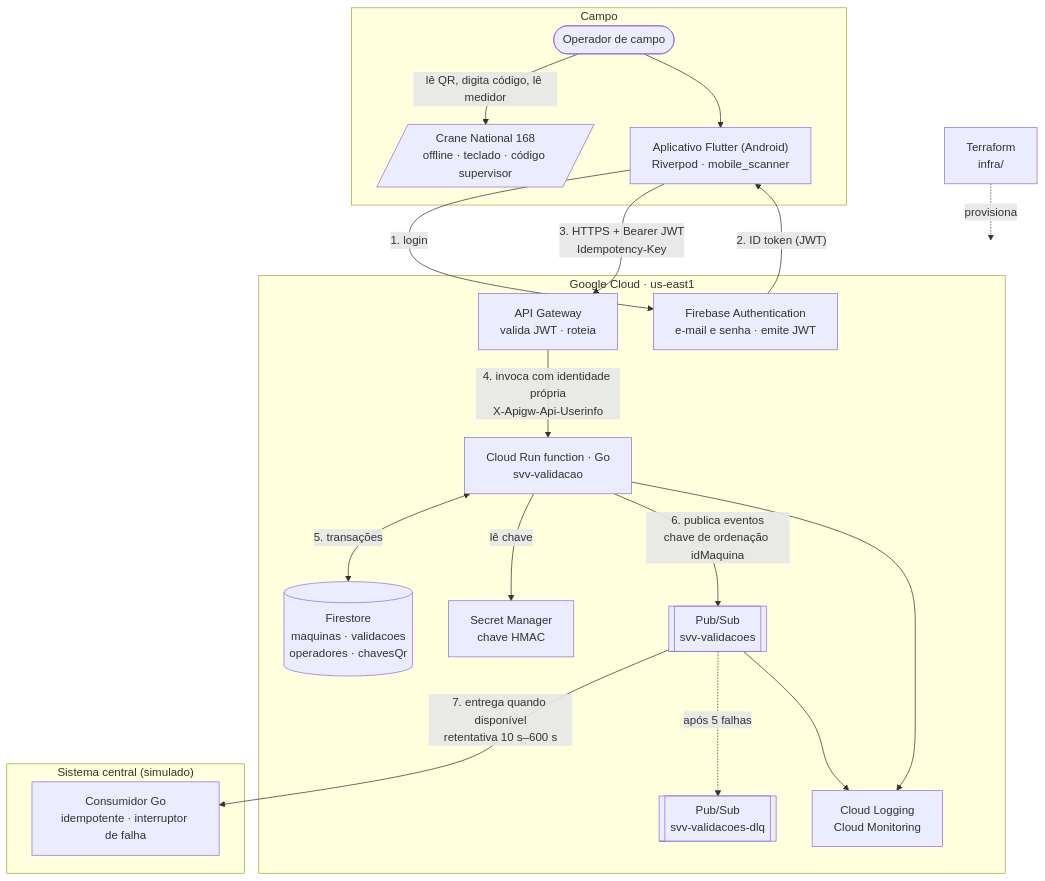
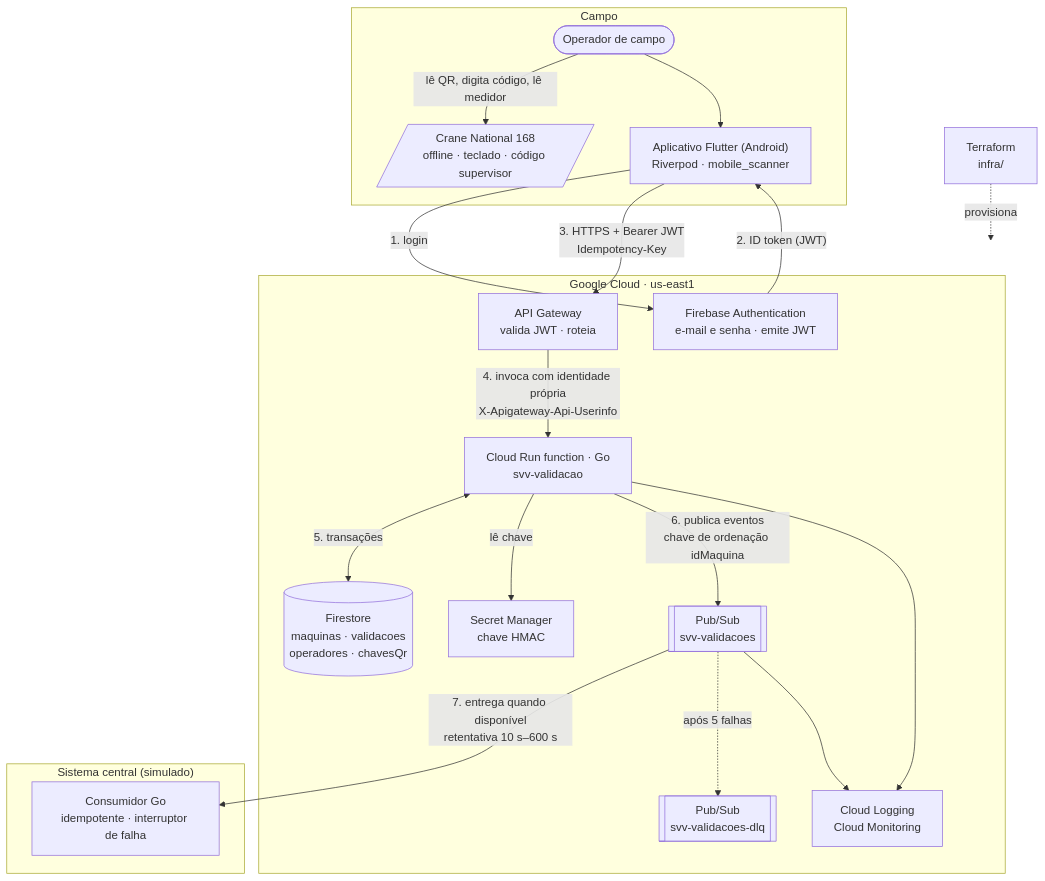
The diagram in docs/diagramas/componentes.mmd (ThiagoCristovao/serverless-vending-validation), drawn with Mermaid before and after one commit. The commit also changed 56 other files, not shown here.

```diff
--- a/docs/diagramas/componentes.mmd
+++ b/docs/diagramas/componentes.mmd
@@ -1,38 +1,38 @@
 %% Diagrama de componentes do ecossistema (docs/arquitetura.md, seção 2)
 flowchart TB
   subgraph campo["Campo"]
     OP([Operador de campo])
     MAQ[/"Crane National 168<br/>offline · teclado · código supervisor"/]
     APP["Aplicativo Flutter (Android)<br/>Riverpod · mobile_scanner"]
     OP -->|lê QR, digita código, lê medidor| MAQ
     OP --> APP
   end
 
   subgraph gcp["Google Cloud · us-east1"]
     FA["Firebase Authentication<br/>e-mail e senha · emite JWT"]
     GW["API Gateway<br/>valida JWT · roteia"]
     FN["Cloud Run function · Go<br/>svv-validacao"]
     FS[("Firestore<br/>maquinas · validacoes<br/>operadores · chavesQr")]
     SM["Secret Manager<br/>chave HMAC"]
     PS[["Pub/Sub<br/>svv-validacoes"]]
     DLQ[["Pub/Sub<br/>svv-validacoes-dlq"]]
     OBS["Cloud Logging<br/>Cloud Monitoring"]
   end
 
   subgraph central["Sistema central (simulado)"]
     SC["Consumidor Go<br/>idempotente · interruptor de falha"]
   end
 
   APP -->|"1. login"| FA
   FA -->|"2. ID token (JWT)"| APP
   APP -->|"3. HTTPS + Bearer JWT<br/>Idempotency-Key"| GW
-  GW -->|"4. invoca com identidade própria<br/>X-Apigw-Api-Userinfo"| FN
+  GW -->|"4. invoca com identidade própria<br/>X-Apigateway-Api-Userinfo"| FN
   FN <-->|"5. transações"| FS
   FN -->|"lê chave"| SM
   FN -->|"6. publica eventos<br/>chave de ordenação idMaquina"| PS
   PS -->|"7. entrega quando disponível<br/>retentativa 10 s–600 s"| SC
   PS -. "após 5 falhas" .-> DLQ
   FN --> OBS
   PS --> OBS
 
   TF["Terraform<br/>infra/"] -. provisiona .-> gcp
```
